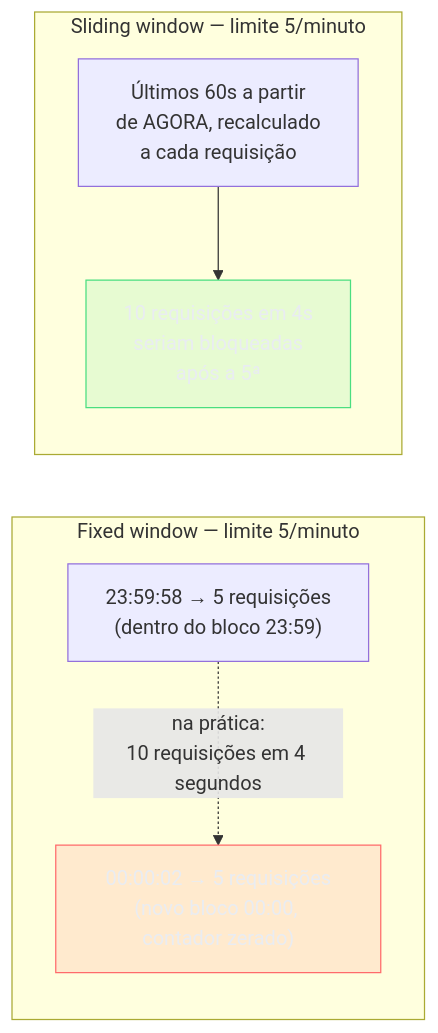
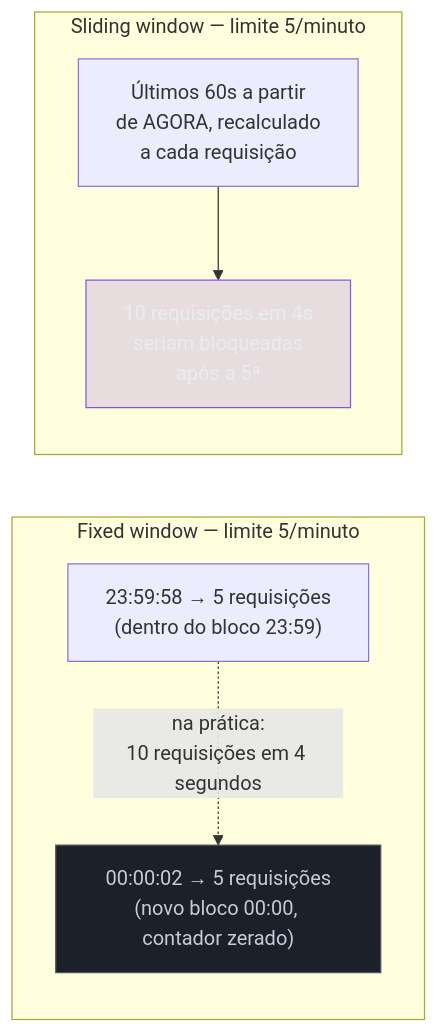
One commit to josenaldo/codex-technomanticus changed the second of 3 diagrams in 03-Dominios/Tecnologia/Python/Segurança/08 - Rate limiting e proteção contra abuso.md. Above: the diagram before and after it, drawn with Mermaid. The commit also changed other lines of this file and 601 other files, not shown here.

````diff
--- a/03-Dominios/Tecnologia/Python/Segurança/08 - Rate limiting e proteção contra abuso.md
+++ b/03-Dominios/Tecnologia/Python/Segurança/08 - Rate limiting e proteção contra abuso.md
@@ -94,21 +93,21 @@
 ```mermaid
 flowchart LR
-    classDef falha fill:#FF6B6B24,stroke:#FF6B6B,color:#E9ECF2
-    classDef ok fill:#4ADE8021,stroke:#4ADE80,color:#E9ECF2
+    classDef marca fill:#8855DF33,stroke:#8855DF,color:#E9ECF2
+    classDef neutro fill:#1B2029,stroke:#4E5666,color:#C6CCD8
     subgraph FW["Fixed window — limite 5/minuto"]
         direction TB
         FW1["23:59:58 → 5 requisições\n(dentro do bloco 23:59)"]
         FW2["00:00:02 → 5 requisições\n(novo bloco 00:00, contador zerado)"]
         FW1 -.->|"na prática:\n10 requisições em 4 segundos"| FW2
     end
 
     subgraph SW["Sliding window — limite 5/minuto"]
         direction TB
         SW1["Últimos 60s a partir\nde AGORA, recalculado\na cada requisição"]
         SW2["10 requisições em 4s\nseriam bloqueadas\napós a 5ª"]
         SW1 --> SW2
     end
 
-    class FW2 falha
-    class SW2 ok
+    class FW2 neutro
+    class SW2 marca
 ```
````
